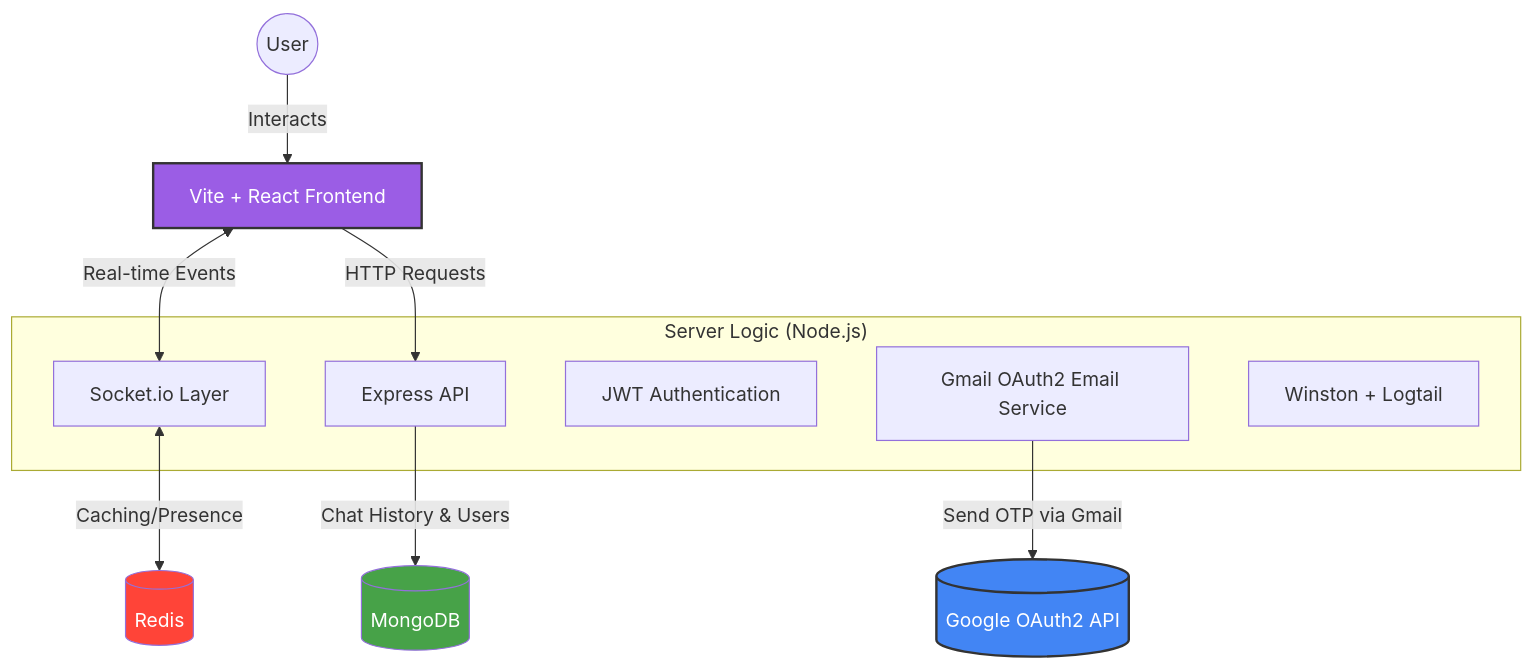
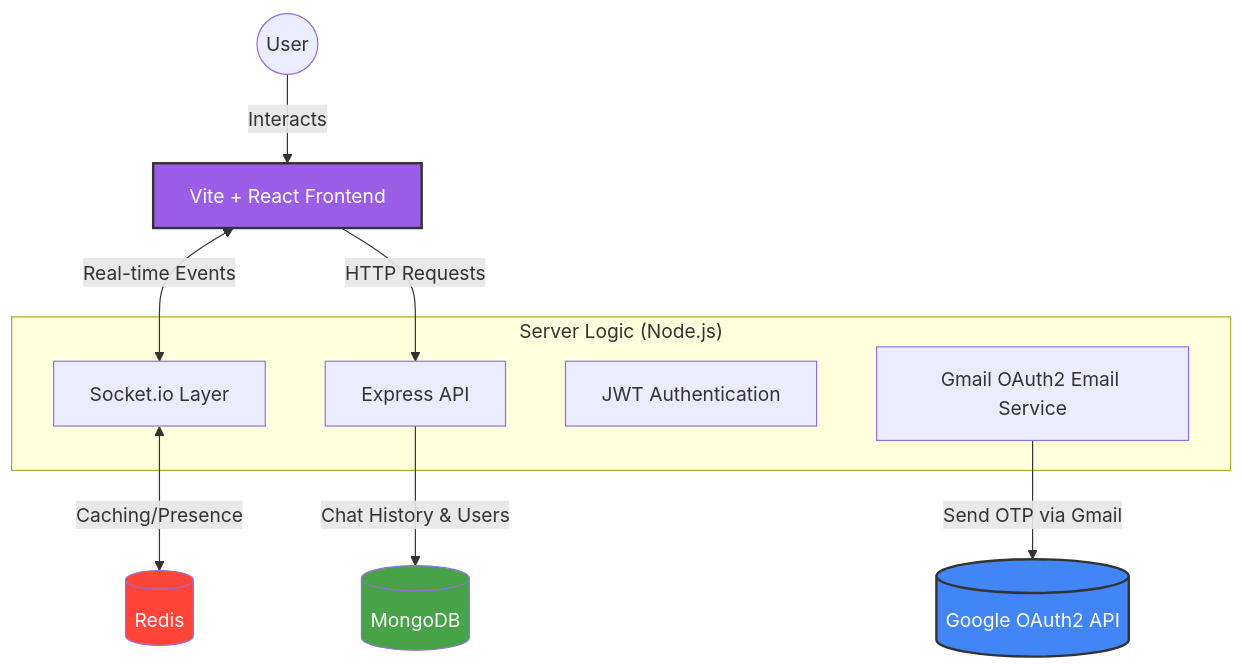
Before and after one commit to chthonn/PiperChat01: the diagram in README.md, drawn with Mermaid. The commit also changed other lines of this file and 68 other files, not shown here.

````diff
--- a/README.md
+++ b/README.md
@@ -64,29 +44,23 @@
 ```mermaid
 graph TD
-    %% User and Frontend
     User((User)) -->|Interacts| UI[Vite + React Frontend]
-    
-    %% Connection Layer
+
     UI <-->|Real-time Events| Socket[Socket.io Layer]
     UI -->|HTTP Requests| API[Express API]
 
-    %% Backend Logic
     subgraph "Server Logic (Node.js)"
         API
         Socket
         Auth[JWT Authentication]
         Email[Gmail OAuth2 Email Service]
-        Logger[Winston + Logtail]
     end
 
-    %% Database Layer
     Socket <-->|Caching/Presence| Redis[(Redis)]
     API -->|Chat History & Users| Mongo[(MongoDB)]
     Email -->|Send OTP via Gmail| GoogleOAuth[(Google OAuth2 API)]
 
-    %% Styling
     style UI fill:#9b5de5,stroke:#333,stroke-width:2px,color:#fff
     style Redis fill:#FF4438,color:#fff
     style Mongo fill:#47A248,color:#fff
     style GoogleOAuth fill:#4285F4,stroke:#333,stroke-width:2px,color:#fff
 ```
````
